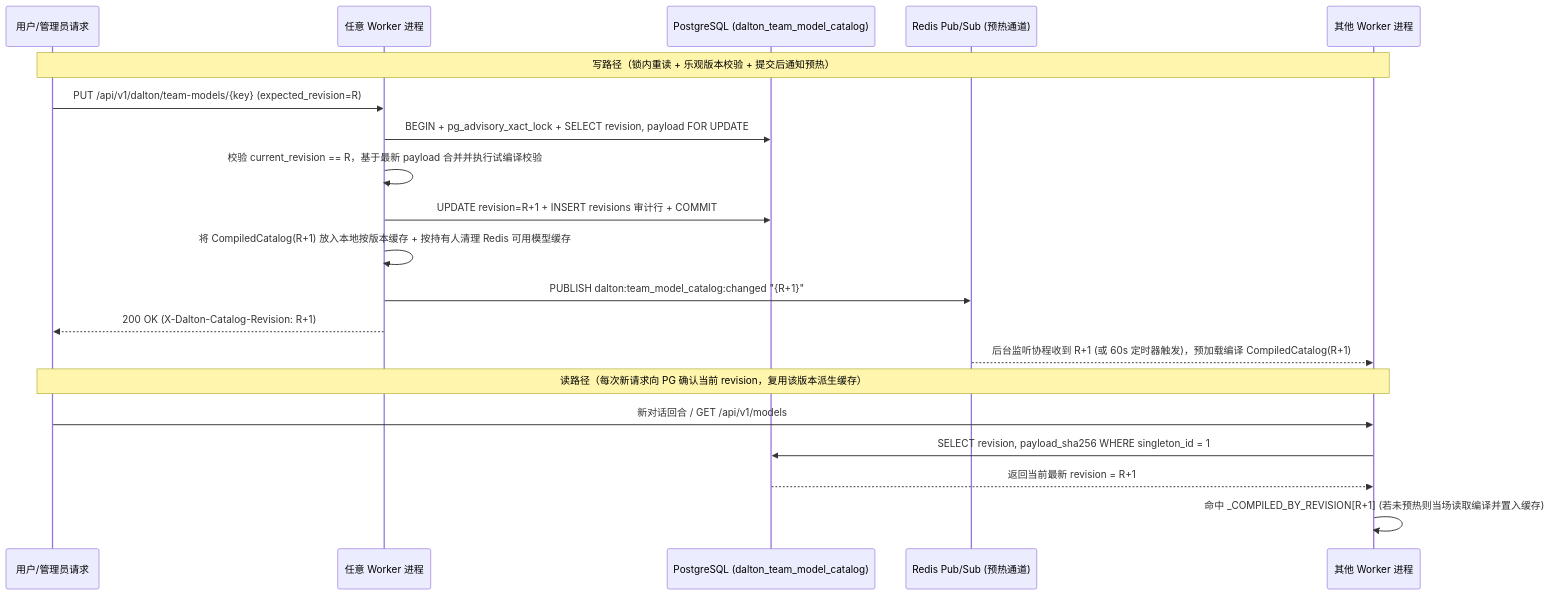
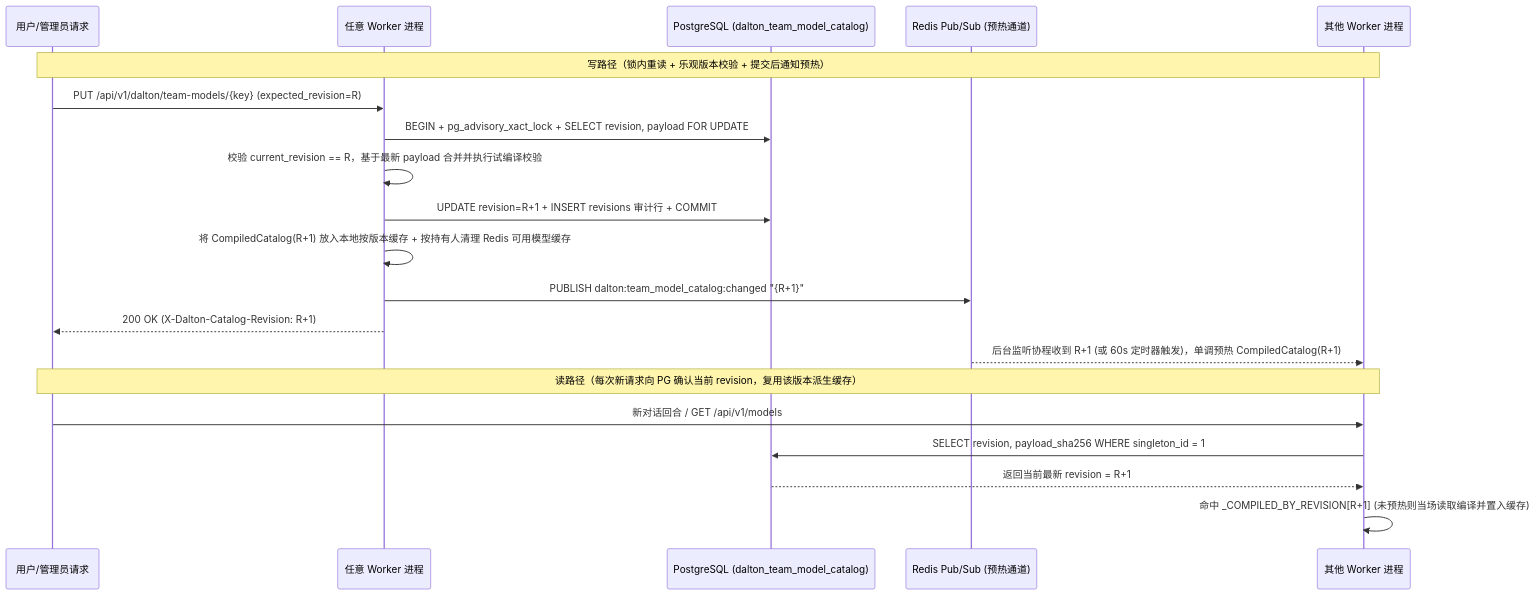
The second of 2 diagrams in docs/dalton/features/team-model-catalog.md (everflowinv/dalton-langalpha), drawn with Mermaid before and after one commit. The commit also changed other lines of this file, not shown here.

Commit message:
docs(models): team model catalog r3: no borrowing of catalog addresses, one check on every send path, fake-IP aware egress, import fails closed

````diff
--- a/docs/dalton/features/team-model-catalog.md
+++ b/docs/dalton/features/team-model-catalog.md
@@ -274,24 +281,24 @@
 ```mermaid
 sequenceDiagram
     participant Client as 用户/管理员请求
     participant W1 as 任意 Worker 进程
     participant PG as PostgreSQL (dalton_team_model_catalog)
     participant Redis as Redis Pub/Sub (预热通道)
     participant W2 as 其他 Worker 进程
 
     Note over Client,W2: 写路径（锁内重读 + 乐观版本校验 + 提交后通知预热）
     Client->>W1: PUT /api/v1/dalton/team-models/{key} (expected_revision=R)
     W1->>PG: BEGIN + pg_advisory_xact_lock + SELECT revision, payload FOR UPDATE
     W1->>W1: 校验 current_revision == R，基于最新 payload 合并并执行试编译校验
     W1->>PG: UPDATE revision=R+1 + INSERT revisions 审计行 + COMMIT
     W1->>W1: 将 CompiledCatalog(R+1) 放入本地按版本缓存 + 按持有人清理 Redis 可用模型缓存
     W1->>Redis: PUBLISH dalton:team_model_catalog:changed "{R+1}"
     W1-->>Client: 200 OK (X-Dalton-Catalog-Revision: R+1)
-    Redis-->>W2: 后台监听协程收到 R+1 (或 60s 定时器触发)，预加载编译 CompiledCatalog(R+1)
+    Redis-->>W2: 后台监听协程收到 R+1 (或 60s 定时器触发)，单调预热 CompiledCatalog(R+1)
 
     Note over Client,W2: 读路径（每次新请求向 PG 确认当前 revision，复用该版本派生缓存）
     Client->>W2: 新对话回合 / GET /api/v1/models
     W2->>PG: SELECT revision, payload_sha256 WHERE singleton_id = 1
     PG-->>W2: 返回当前最新 revision = R+1
-    W2->>W2: 命中 _COMPILED_BY_REVISION[R+1] (若未预热则当场读取编译并置入缓存)
+    W2->>W2: 命中 _COMPILED_BY_REVISION[R+1] (未预热则当场读取编译并置入缓存)
 ```
````
